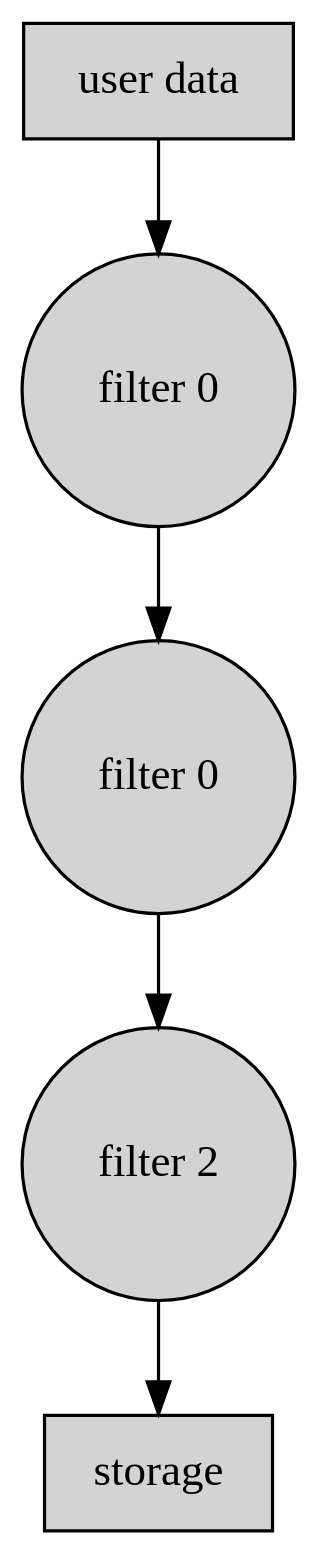
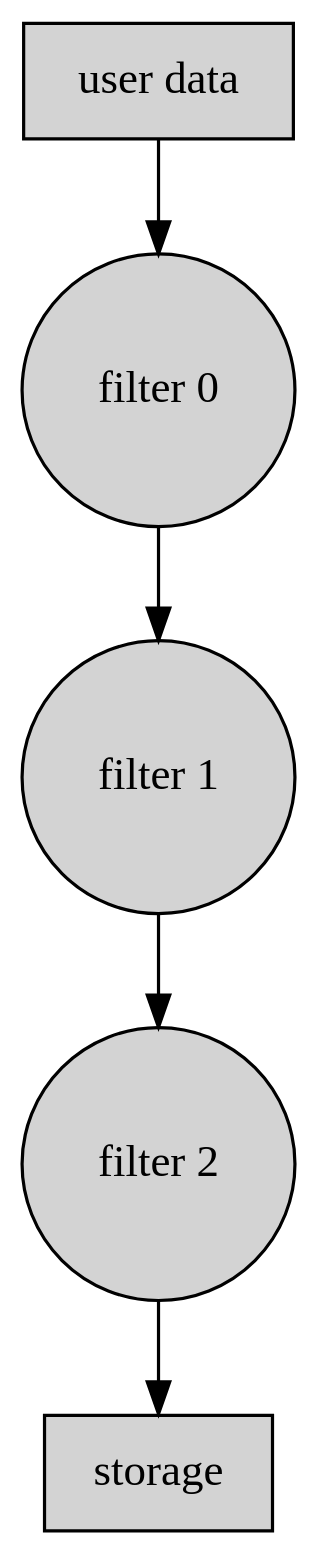
Before and after one commit to llllllllll/zarr-vs-hdf5-talk: the diagram in images/write-filter-pipeline.dot, drawn with Graphviz. The commit also changed 11 other files, not shown here.

```diff
--- a/images/write-filter-pipeline.dot
+++ b/images/write-filter-pipeline.dot
@@ -1,14 +1,14 @@
 digraph tree {
     graph [rankdir=TB, size="16!"];
     splines=false;
     node [style=filled];
     nodesep=1.1;
 
     user [label="user data", shape="rect"];
     filter_0 [label="filter 0", shape="circle"];
-    filter_1 [label="filter 0", shape="circle"];
+    filter_1 [label="filter 1", shape="circle"];
     filter_2 [label="filter 2", shape="circle"];
     storage [label="storage", shape="rect"];
 
     user -> filter_0 -> filter_1 -> filter_2 -> storage
 }
```
